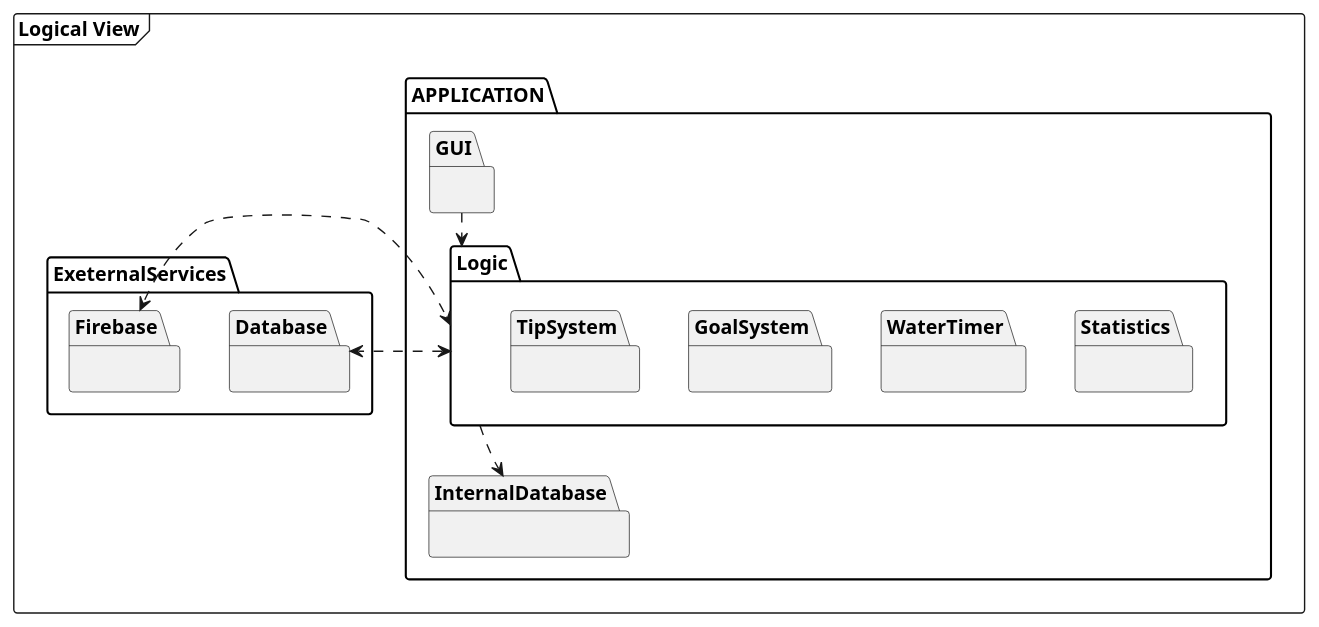
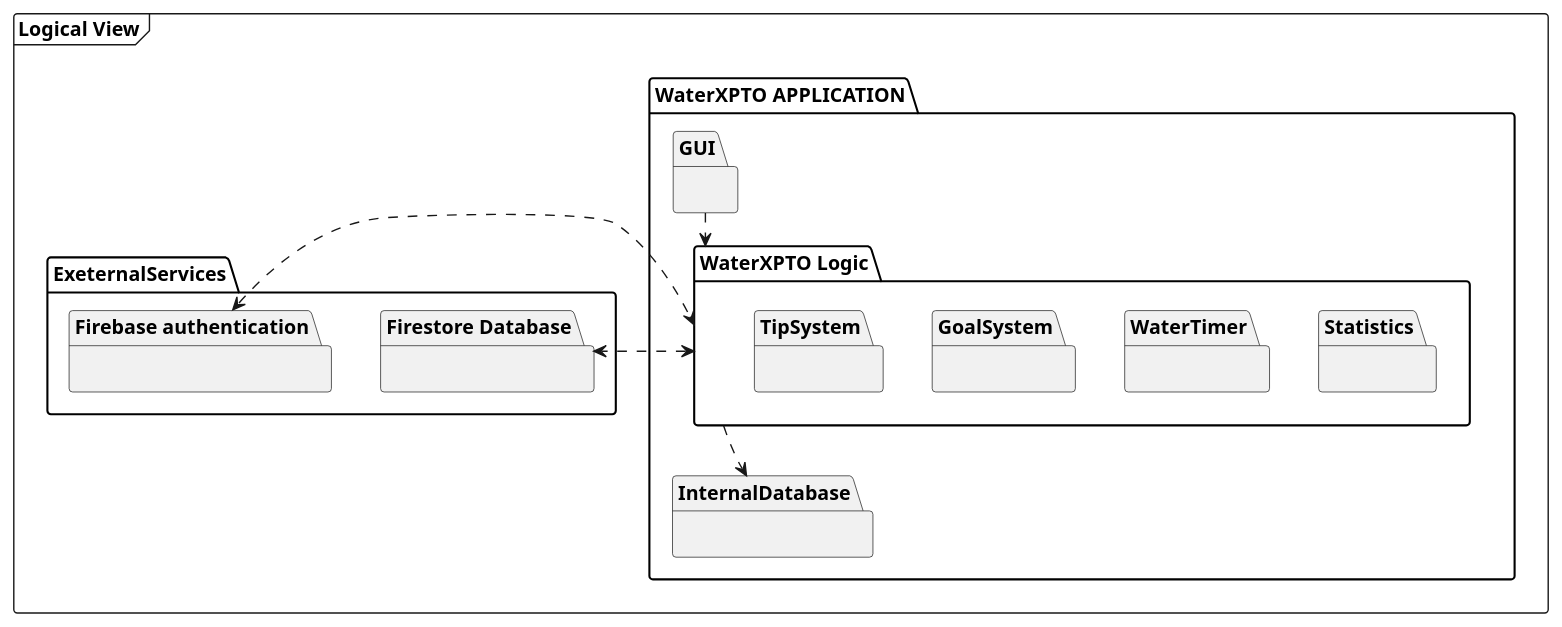
Before and after one commit to FEUP-LEIC-ES-2023-24/WaterXPTO: the diagram in Docs/LogicDiagram.plantuml, drawn with PlantUML. The commit also changed 136 other files, not shown here.

```diff
--- a/Docs/LogicDiagram.plantuml
+++ b/Docs/LogicDiagram.plantuml
@@ -1,58 +1,58 @@
 @startuml
 
 frame "Logical View" {
-    package APPLICATION {
+    package "WaterXPTO APPLICATION" {
 
-    package Logic {
+    package "WaterXPTO Logic" {
         package Statistics {
 
         }
         
         package WaterTimer {
         
 
         }
 
         package GoalSystem {
 
         }
 
         package TipSystem {
             
         }
 
 
     }
 
     package GUI {
 
     }
 
 
     package InternalDatabase {
 
     }
 
 
 }
 
 package ExeternalServices {
     
-    package Database { 
+    package "Firestore Database" { 
         
     }
-    package Firebase {
+    package "Firebase authentication" {
 
     }
 
 }
 }
 
-GUI .down.> Logic
+GUI .down.> "WaterXPTO Logic"
 
-Logic <.right.> Database
-Logic <.right.> Firebase
+"WaterXPTO Logic" <.right.> "Firestore Database"
+"WaterXPTO Logic" <.right.> "Firebase authentication"
 
-Logic .down.> InternalDatabase
+"WaterXPTO Logic" .down.> InternalDatabase
 
 @enduml
```
